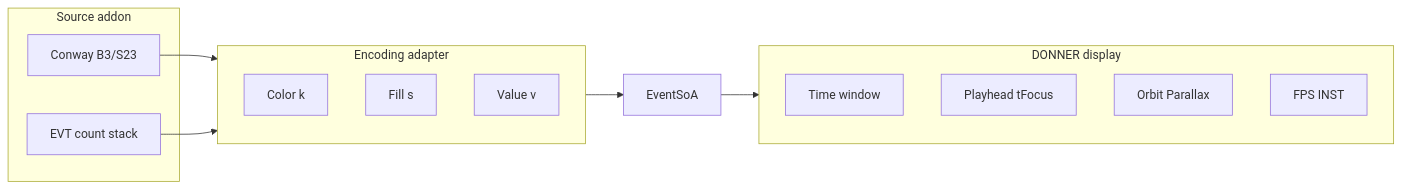
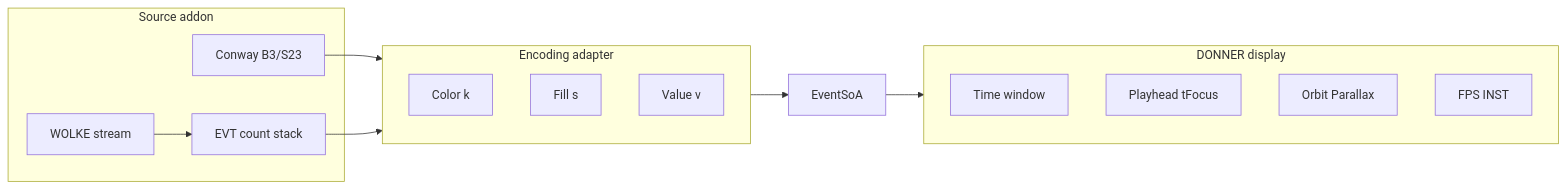
Before and after one commit to PiMaV/DONNER: the third of 23 diagrams in architecture.md, drawn with Mermaid. The commit also changed other lines of this file and 29 other files, not shown here.

First line of the commit message:
Add WOLKE count Stream and a rail-mounted CAD viewcube so sidecar cubes and axis snaps share one desktop viewer.

````diff
--- a/architecture.md
+++ b/architecture.md
@@ -42,22 +46,24 @@
 ```mermaid
 flowchart LR
   subgraph source [Source addon]
     conway[Conway B3/S23]
     count[EVT count stack]
+    stream[WOLKE stream]
   end
   subgraph adapter [Encoding adapter]
     mapK[Color k]
     mapS[Fill s]
     mapV[Value v]
   end
   subgraph engine [DONNER display]
     windowNode[Time window]
     playhead[Playhead tFocus]
     viewCam[Orbit Parallax]
     hud[FPS INST]
   end
   conway --> adapter
   count --> adapter
+  stream --> count
   adapter --> soa2[EventSoA]
   soa2 --> engine
 ```
````
